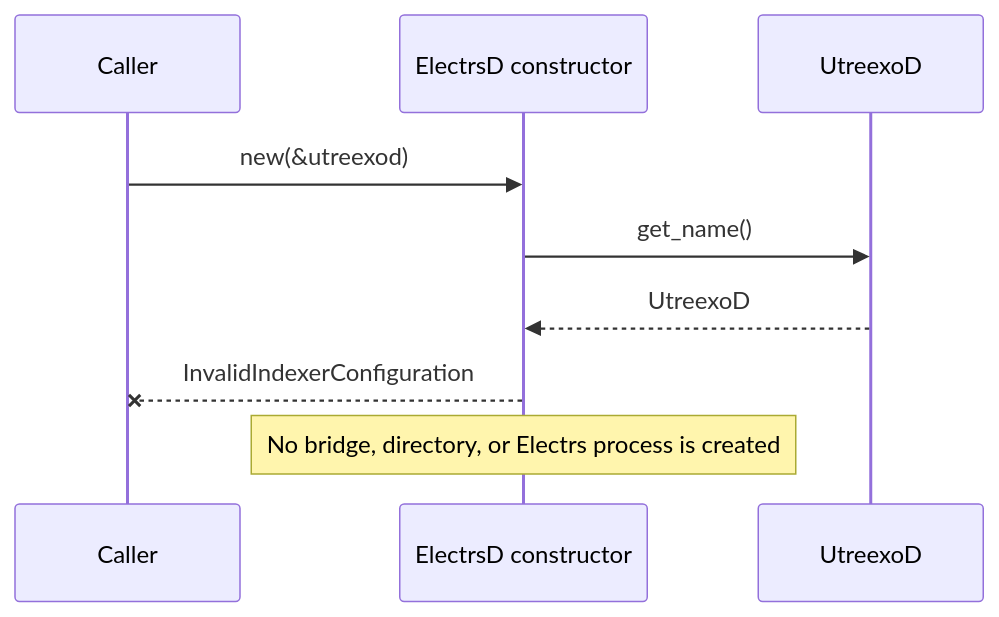
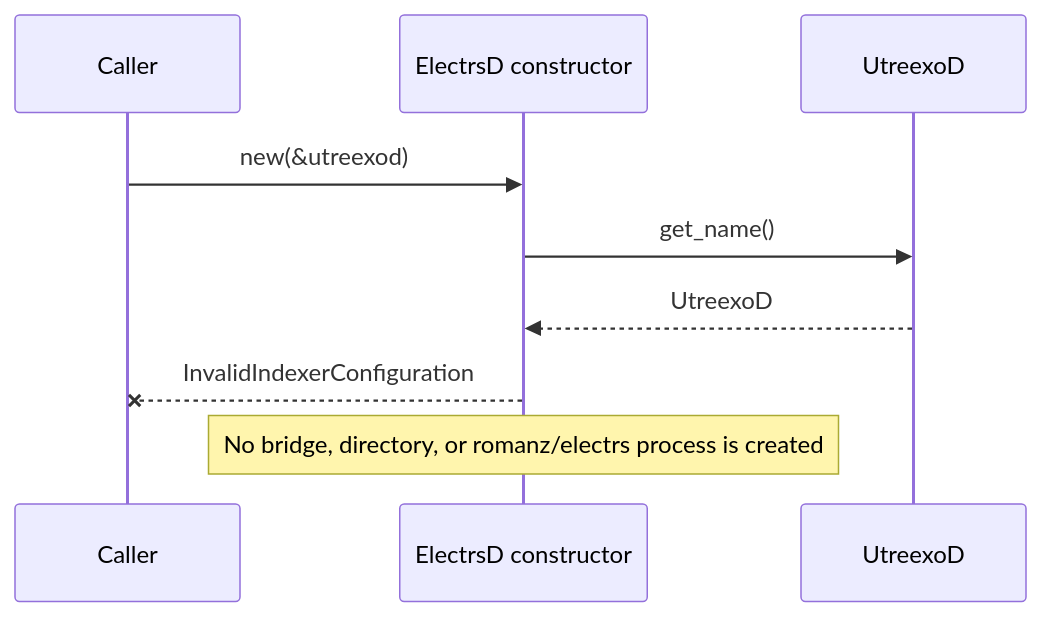
One commit to luisschwab/halfin changed the second of 3 diagrams in docs/utreexod-electrs-p2p-bug.md. Above: the diagram before and after it, drawn with Mermaid. The commit also changed other lines of this file and 17 other files, not shown here.

````diff
--- a/docs/utreexod-electrs-p2p-bug.md
+++ b/docs/utreexod-electrs-p2p-bug.md
@@ -55,12 +55,12 @@
 ```mermaid
 sequenceDiagram
     participant C as Caller
     participant E as ElectrsD constructor
     participant U as UtreexoD
 
     C->>E: new(&utreexod)
     E->>U: get_name()
     U-->>E: UtreexoD
     E--xC: InvalidIndexerConfiguration
-    Note over E: No bridge, directory, or Electrs process is created
+    Note over E: No bridge, directory, or romanz/electrs process is created
 ```
````
